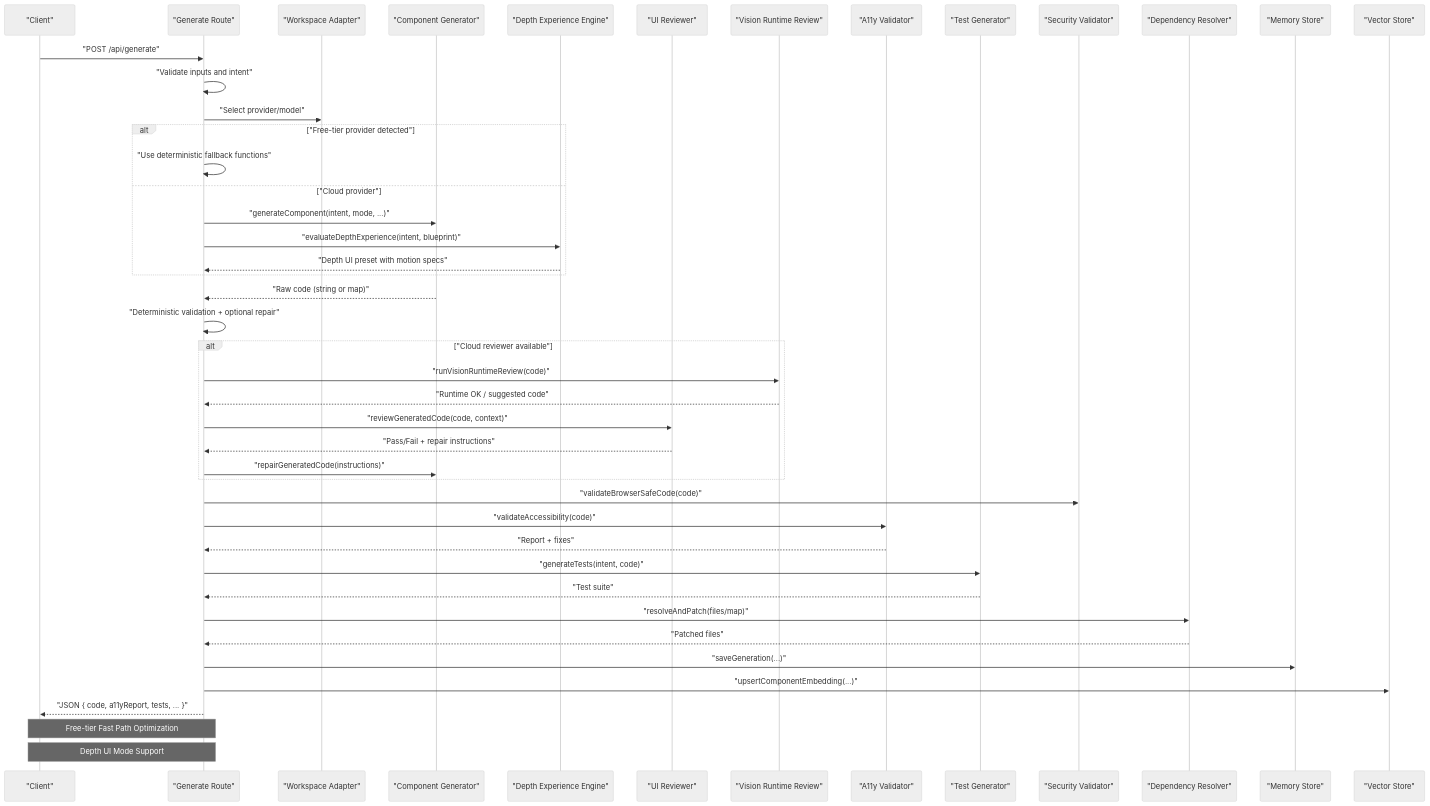
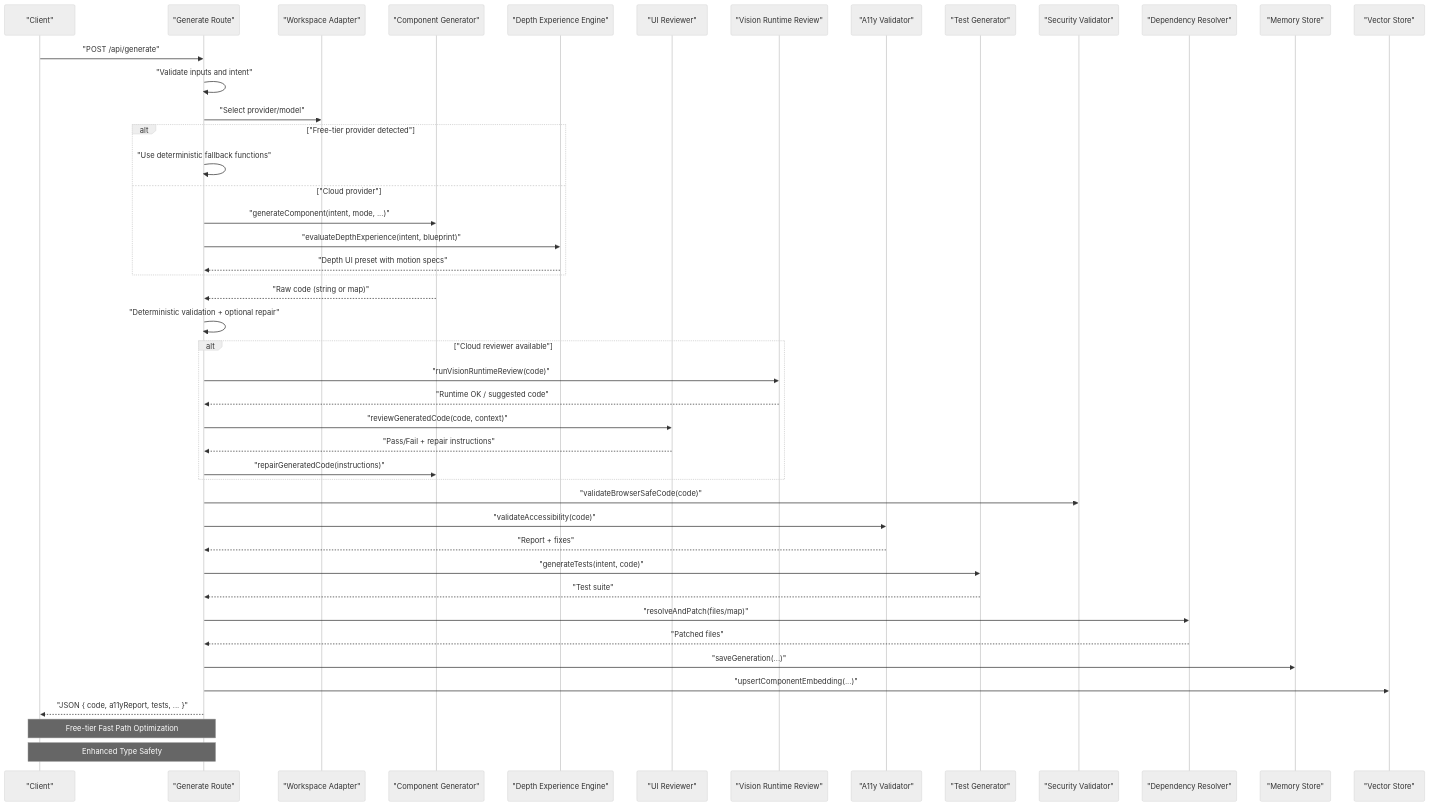
The second of 4 diagrams in .qoder/repowiki/en/content/AI Generation Engine/Core Generation Pipeline/Core Generation Pipeline.md (shekhargiri005-dotcom/AI-powered-accessibility-first-UI-engine), drawn with Mermaid (neutral theme) before and after one commit. The commit also changed other lines of this file and 7 other files, not shown here.

````diff
--- a/.qoder/repowiki/en/content/AI Generation Engine/Core Generation Pipeline/Core Generation Pipeline.md
+++ b/.qoder/repowiki/en/content/AI Generation Engine/Core Generation Pipeline/Core Generation Pipeline.md
@@ -158,47 +157,47 @@
 ```mermaid
 sequenceDiagram
 participant Client as "Client"
 participant API as "Generate Route"
 participant Adapter as "Workspace Adapter"
 participant Gen as "Component Generator"
 participant DepthEngine as "Depth Experience Engine"
 participant Review as "UI Reviewer"
 participant Vision as "Vision Runtime Review"
 participant A11y as "A11y Validator"
 participant Tests as "Test Generator"
 participant Sec as "Security Validator"
 participant Dep as "Dependency Resolver"
 participant Mem as "Memory Store"
 participant Emb as "Vector Store"
 Client->>API : "POST /api/generate"
 API->>API : "Validate inputs and intent"
 API->>Adapter : "Select provider/model"
 alt "Free-tier provider detected"
 API->>API : "Use deterministic fallback functions"
 else "Cloud provider"
 API->>Gen : "generateComponent(intent, mode, ...)"
 API->>DepthEngine : "evaluateDepthExperience(intent, blueprint)"
 DepthEngine-->>API : "Depth UI preset with motion specs"
 end
 Gen-->>API : "Raw code (string or map)"
 API->>API : "Deterministic validation + optional repair"
 alt "Cloud reviewer available"
 API->>Vision : "runVisionRuntimeReview(code)"
 Vision-->>API : "Runtime OK / suggested code"
 API->>Review : "reviewGeneratedCode(code, context)"
 Review-->>API : "Pass/Fail + repair instructions"
 API->>Gen : "repairGeneratedCode(instructions)"
 end
 API->>Sec : "validateBrowserSafeCode(code)"
 API->>A11y : "validateAccessibility(code)"
 A11y-->>API : "Report + fixes"
 API->>Tests : "generateTests(intent, code)"
 Tests-->>API : "Test suite"
 API->>Dep : "resolveAndPatch(files/map)"
 Dep-->>API : "Patched files"
 API->>Mem : "saveGeneration(...)"
 API->>Emb : "upsertComponentEmbedding(...)"
 API-->>Client : "JSON { code, a11yReport, tests, ... }"
 Note over Client,API : Free-tier Fast Path Optimization
-Note over Client,API : Depth UI Mode Support
+Note over Client,API : Enhanced Type Safety
 ```
````
